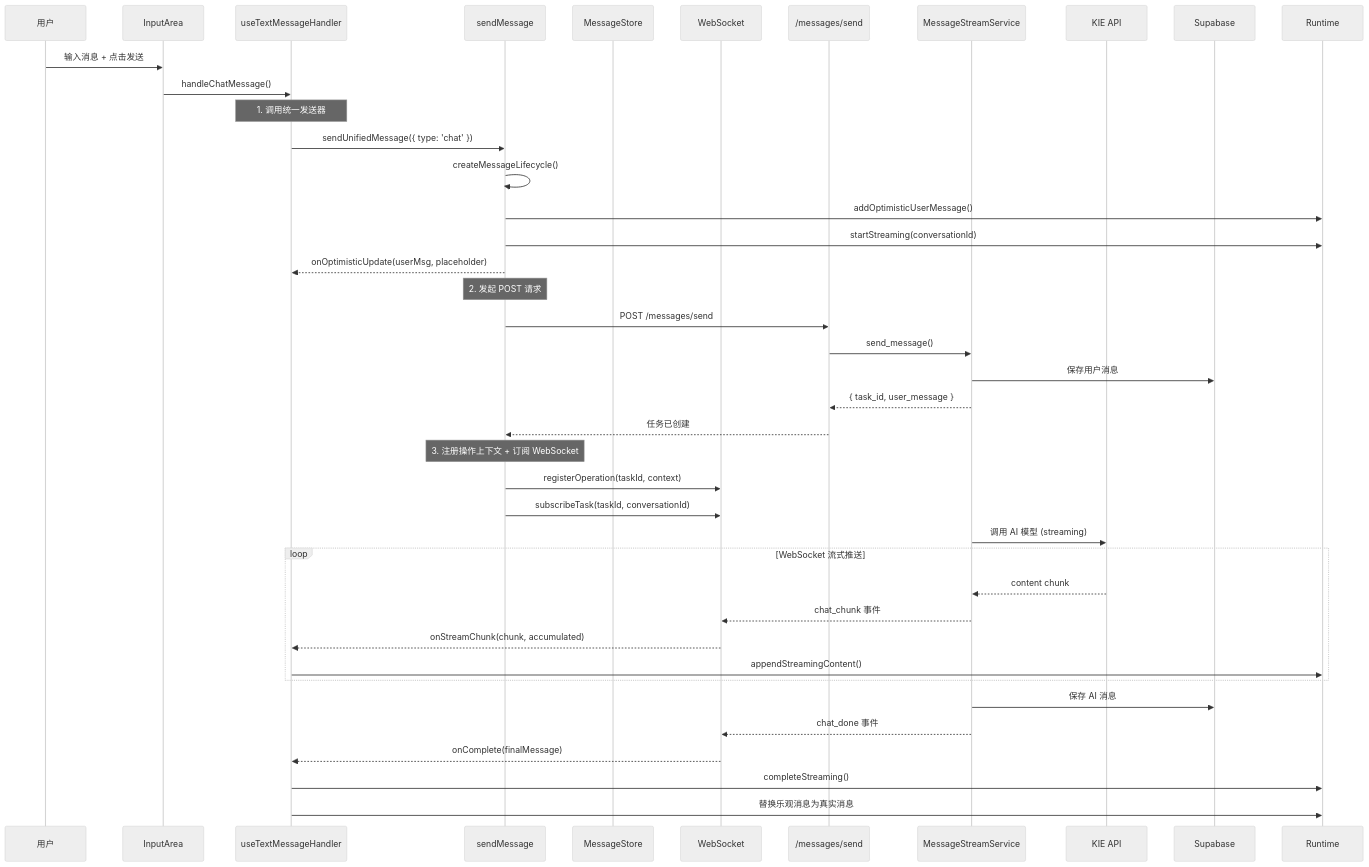
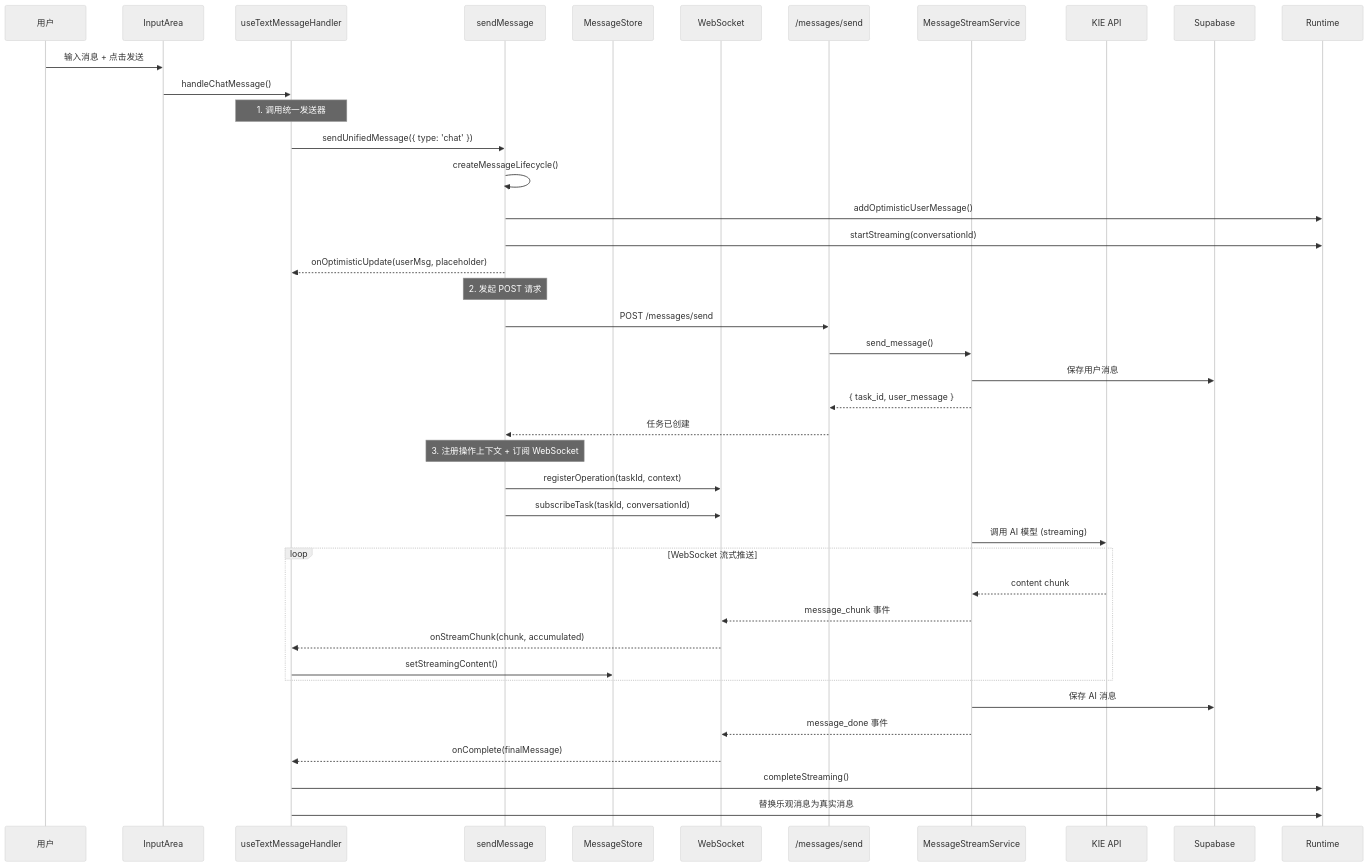
The fourth of 9 diagrams in docs/FLOW_DIAGRAMS.md (wucong75644-crypto/EVERYDAYAIONE), drawn with Mermaid (neutral theme) before and after one commit. The commit also changed other lines of this file and 80 other files, not shown here.

````diff
--- a/docs/FLOW_DIAGRAMS.md
+++ b/docs/FLOW_DIAGRAMS.md
@@ -184,50 +184,50 @@
 ```mermaid
 sequenceDiagram
     participant User as 用户
     participant InputArea as InputArea
     participant Handler as useTextMessageHandler
     participant Sender as sendMessage
     participant Store as MessageStore
     participant WS as WebSocket
     participant API as /messages/send
     participant Service as MessageStreamService
     participant KIE as KIE API
     participant DB as Supabase
 
     User->>InputArea: 输入消息 + 点击发送
     InputArea->>Handler: handleChatMessage()
 
     Note over Handler: 1. 调用统一发送器
     Handler->>Sender: sendUnifiedMessage({ type: 'chat' })
     Sender->>Sender: createMessageLifecycle()
     Sender->>Runtime: addOptimisticUserMessage()
     Sender->>Runtime: startStreaming(conversationId)
     Sender-->>Handler: onOptimisticUpdate(userMsg, placeholder)
 
     Note over Sender: 2. 发起 POST 请求
     Sender->>API: POST /messages/send
     API->>Service: send_message()
     Service->>DB: 保存用户消息
     Service-->>API: { task_id, user_message }
     API-->>Sender: 任务已创建
 
     Note over Sender: 3. 注册操作上下文 + 订阅 WebSocket
     Sender->>WS: registerOperation(taskId, context)
     Sender->>WS: subscribeTask(taskId, conversationId)
 
     Service->>KIE: 调用 AI 模型 (streaming)
 
     loop WebSocket 流式推送
         KIE-->>Service: content chunk
-        Service-->>WS: chat_chunk 事件
+        Service-->>WS: message_chunk 事件
         WS-->>Handler: onStreamChunk(chunk, accumulated)
-        Handler->>Runtime: appendStreamingContent()
+        Handler->>Store: setStreamingContent()
     end
 
     Service->>DB: 保存 AI 消息
-    Service-->>WS: chat_done 事件
+    Service-->>WS: message_done 事件
     WS-->>Handler: onComplete(finalMessage)
 
     Handler->>Runtime: completeStreaming()
     Handler->>Runtime: 替换乐观消息为真实消息
 ```
````
